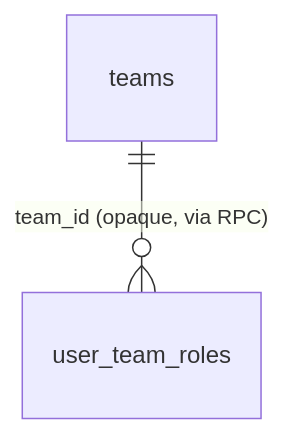
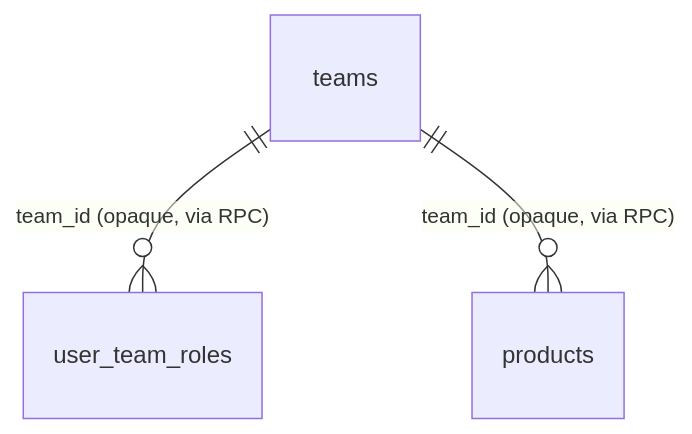
One commit to pdcgo/warehouse_revamp changed the fifth of 5 diagrams in docs/database-schema.md. Above: the diagram before and after it, drawn with Mermaid. The commit also changed other lines of this file and 23 other files, not shown here.

````diff
--- a/docs/database-schema.md
+++ b/docs/database-schema.md
@@ -124,4 +150,5 @@
 ```mermaid
 erDiagram
     teams ||--o{ user_team_roles : "team_id (opaque, via RPC)"
+    teams ||--o{ products : "team_id (opaque, via RPC)"
 ```
````
